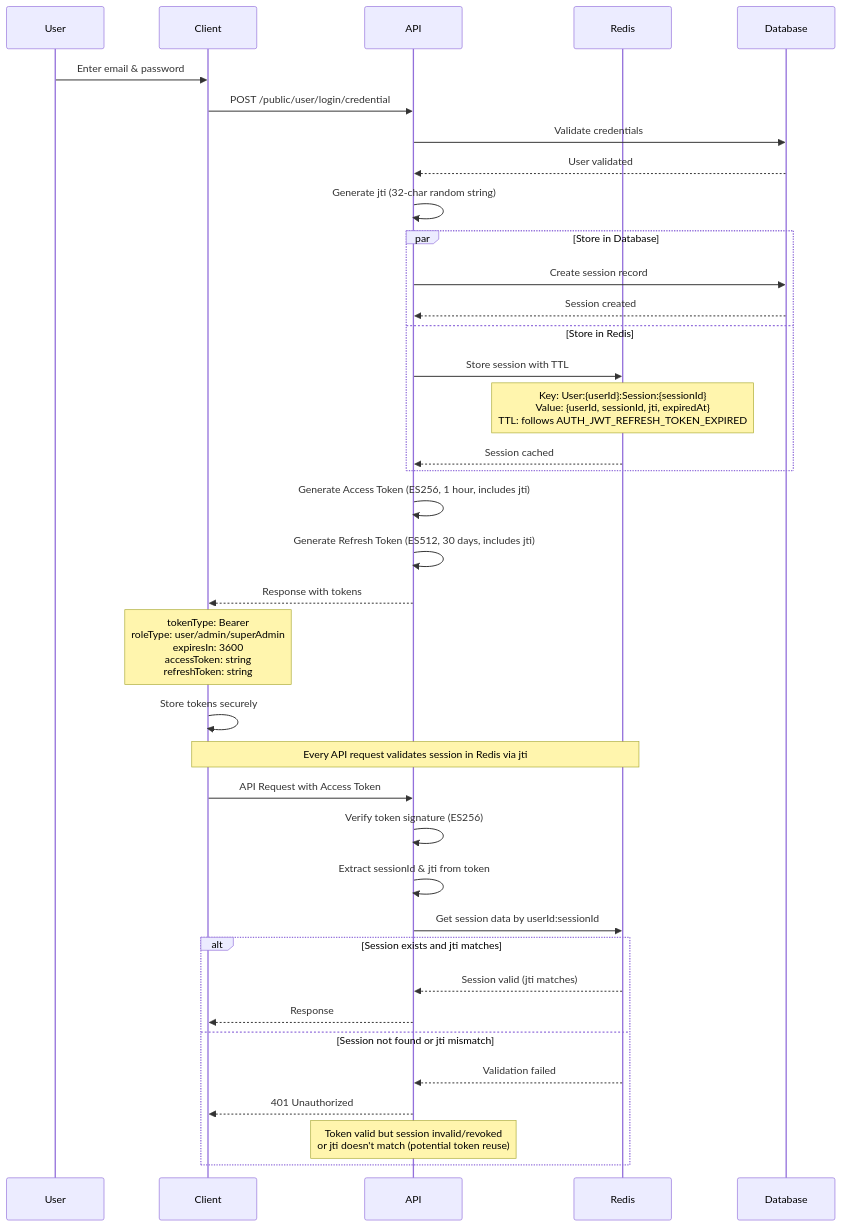
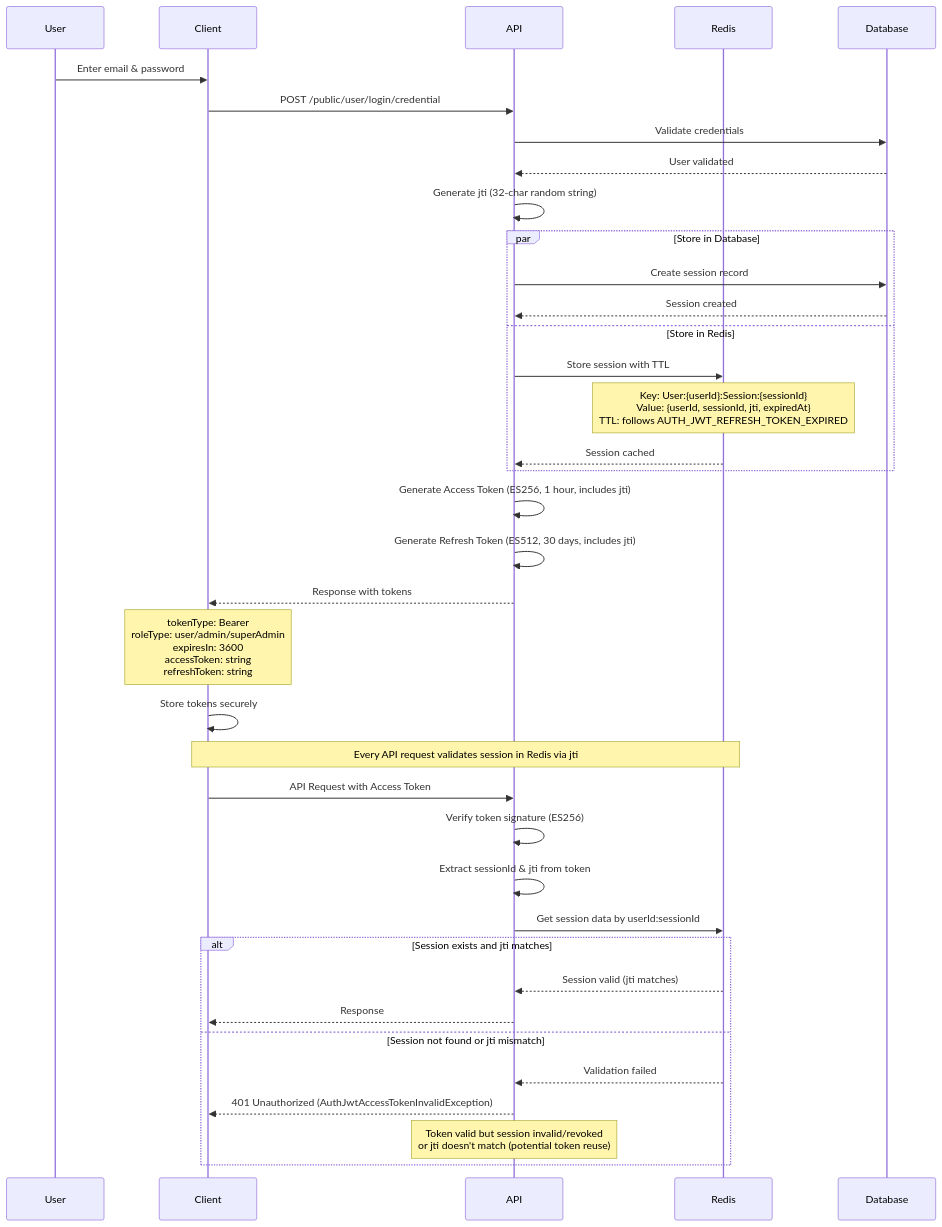
Before and after one commit to andrechristikan/ack-nestjs-boilerplate: the second of 9 diagrams in docs/authentication.md, drawn with Mermaid. The commit also changed other lines of this file and 156 other files, not shown here.

````diff
--- a/docs/authentication.md
+++ b/docs/authentication.md
@@ -229,48 +229,48 @@
 ```mermaid
 sequenceDiagram
     participant User
     participant Client
     participant API
     participant Redis
     participant Database
 
     User->>Client: Enter email & password
     Client->>API: POST /public/user/login/credential
     API->>Database: Validate credentials
     Database-->>API: User validated
     
     API->>API: Generate jti (32-char random string)
     
     par Store in Database
         API->>Database: Create session record
         Database-->>API: Session created
     and Store in Redis
         API->>Redis: Store session with TTL
         Note over Redis: Key: User:{userId}:Session:{sessionId}<br/>Value: {userId, sessionId, jti, expiredAt}<br/>TTL: follows AUTH_JWT_REFRESH_TOKEN_EXPIRED
         Redis-->>API: Session cached
     end
     
     API->>API: Generate Access Token (ES256, 1 hour, includes jti)
     API->>API: Generate Refresh Token (ES512, 30 days, includes jti)
     
     API-->>Client: Response with tokens
     Note over Client: tokenType: Bearer<br/>roleType: user/admin/superAdmin<br/>expiresIn: 3600<br/>accessToken: string<br/>refreshToken: string
     
     Client->>Client: Store tokens securely
     
     Note over Client,Redis: Every API request validates session in Redis via jti
     
     Client->>API: API Request with Access Token
     API->>API: Verify token signature (ES256)
     API->>API: Extract sessionId & jti from token
     API->>Redis: Get session data by userId:sessionId
     
     alt Session exists and jti matches
         Redis-->>API: Session valid (jti matches)
         API-->>Client: Response
     else Session not found or jti mismatch
         Redis-->>API: Validation failed
-        API-->>Client: 401 Unauthorized
+        API-->>Client: 401 Unauthorized (AuthJwtAccessTokenInvalidException)
         Note over API: Token valid but session invalid/revoked<br/>or jti doesn't match (potential token reuse)
     end
 ```
````
